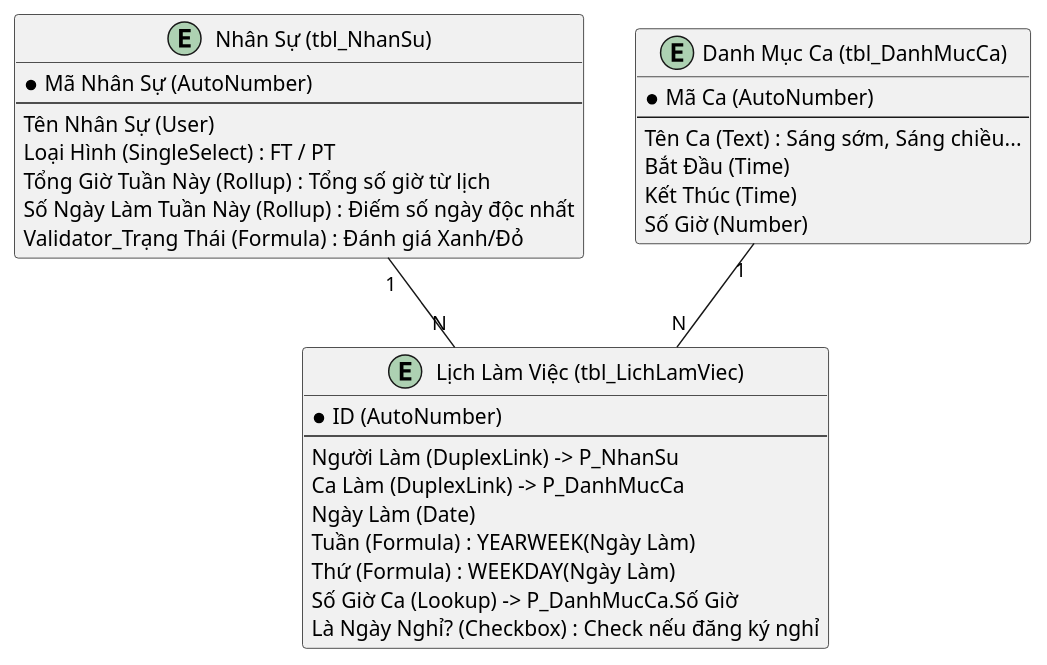
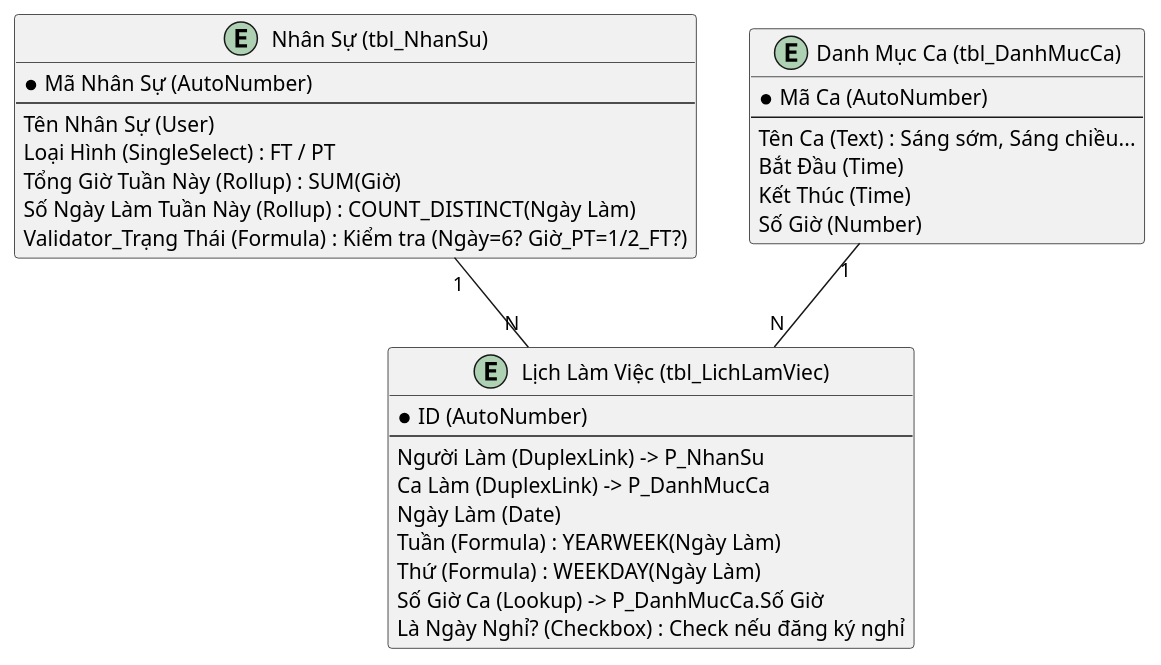
The second of 4 diagrams in 05_Clients/_NgaFashion/04_UML_Design.md (stevenguyen090/Knowledge-Lark-Consult), drawn with PlantUML before and after one commit. The commit also changed other lines of this file and 5 other files, not shown here.

````diff
--- a/05_Clients/_NgaFashion/04_UML_Design.md
+++ b/05_Clients/_NgaFashion/04_UML_Design.md
@@ -40,37 +40,37 @@
 ```plantuml
 @startuml
 entity "Nhân Sự (tbl_NhanSu)" as P_NhanSu {
   * Mã Nhân Sự (AutoNumber)
   --
   Tên Nhân Sự (User)
   Loại Hình (SingleSelect) : FT / PT
-  Tổng Giờ Tuần Này (Rollup) : Tổng số giờ từ lịch
-  Số Ngày Làm Tuần Này (Rollup) : Điếm số ngày độc nhất
-  Validator_Trạng Thái (Formula) : Đánh giá Xanh/Đỏ
+  Tổng Giờ Tuần Này (Rollup) : SUM(Giờ)
+  Số Ngày Làm Tuần Này (Rollup) : COUNT_DISTINCT(Ngày Làm)
+  Validator_Trạng Thái (Formula) : Kiểm tra (Ngày=6? Giờ_PT=1/2_FT?)
 }
 
 entity "Danh Mục Ca (tbl_DanhMucCa)" as P_DanhMucCa {
   * Mã Ca (AutoNumber)
   --
   Tên Ca (Text) : Sáng sớm, Sáng chiều...
   Bắt Đầu (Time)
   Kết Thúc (Time)
   Số Giờ (Number)
 }
 
 entity "Lịch Làm Việc (tbl_LichLamViec)" as P_LichLamViec {
   * ID (AutoNumber)
   --
   Người Làm (DuplexLink) -> P_NhanSu
   Ca Làm (DuplexLink) -> P_DanhMucCa
   Ngày Làm (Date)
   Tuần (Formula) : YEARWEEK(Ngày Làm)
   Thứ (Formula) : WEEKDAY(Ngày Làm)
   Số Giờ Ca (Lookup) -> P_DanhMucCa.Số Giờ
   Là Ngày Nghỉ? (Checkbox) : Check nếu đăng ký nghỉ
 }
 
 P_NhanSu "1" -- "N" P_LichLamViec
 P_DanhMucCa "1" -- "N" P_LichLamViec
 @enduml
 ```
````
